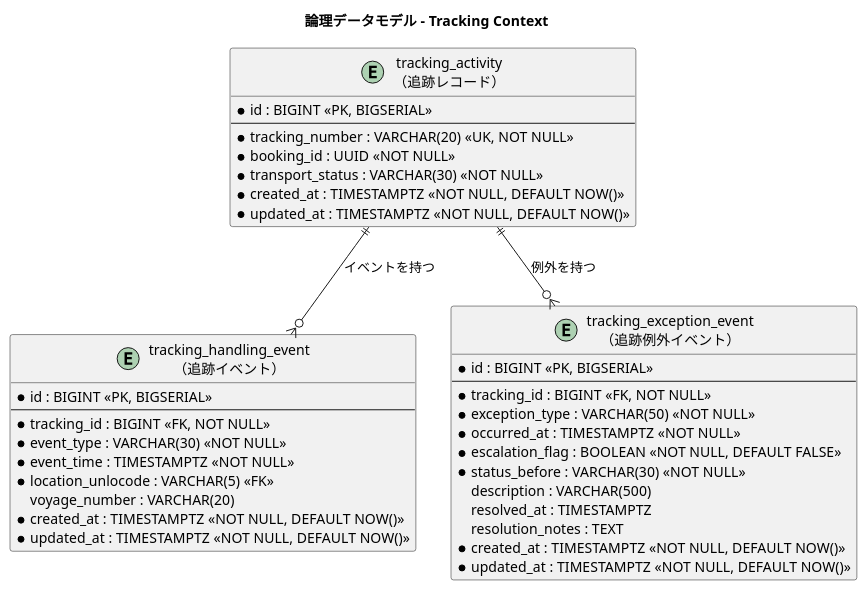
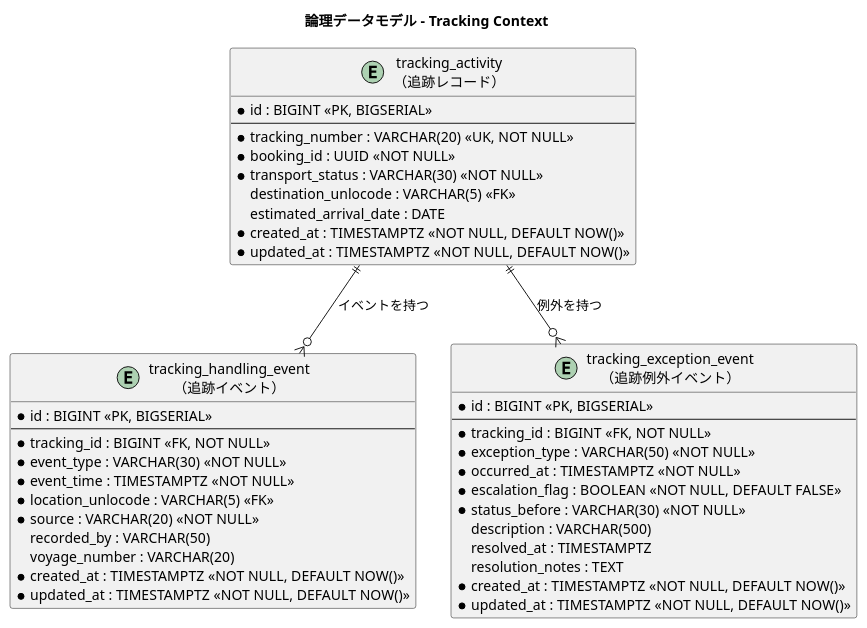
The fifth of 9 diagrams in docs/design/data-model.md (k2works/case-study-cargo-tracker), drawn with PlantUML before and after one commit. The commit also changed other lines of this file and 11 other files, not shown here.

````diff
--- a/docs/design/data-model.md
+++ b/docs/design/data-model.md
@@ -450,46 +450,50 @@
 ```plantuml
 @startuml
 title 論理データモデル - Tracking Context
 
 entity "tracking_activity\n（追跡レコード）" as tracking_activity {
   * id : BIGINT <<PK, BIGSERIAL>>
   --
   * tracking_number : VARCHAR(20) <<UK, NOT NULL>>
   * booking_id : UUID <<NOT NULL>>
   * transport_status : VARCHAR(30) <<NOT NULL>>
+  destination_unlocode : VARCHAR(5) <<FK>>
+  estimated_arrival_date : DATE
   * created_at : TIMESTAMPTZ <<NOT NULL, DEFAULT NOW()>>
   * updated_at : TIMESTAMPTZ <<NOT NULL, DEFAULT NOW()>>
 }
 
 entity "tracking_handling_event\n（追跡イベント）" as tracking_handling_event {
   * id : BIGINT <<PK, BIGSERIAL>>
   --
   * tracking_id : BIGINT <<FK, NOT NULL>>
   * event_type : VARCHAR(30) <<NOT NULL>>
   * event_time : TIMESTAMPTZ <<NOT NULL>>
   * location_unlocode : VARCHAR(5) <<FK>>
+  * source : VARCHAR(20) <<NOT NULL>>
+  recorded_by : VARCHAR(50)
   voyage_number : VARCHAR(20)
   * created_at : TIMESTAMPTZ <<NOT NULL, DEFAULT NOW()>>
   * updated_at : TIMESTAMPTZ <<NOT NULL, DEFAULT NOW()>>
 }
 
 entity "tracking_exception_event\n（追跡例外イベント）" as tracking_exception_event {
   * id : BIGINT <<PK, BIGSERIAL>>
   --
   * tracking_id : BIGINT <<FK, NOT NULL>>
   * exception_type : VARCHAR(50) <<NOT NULL>>
   * occurred_at : TIMESTAMPTZ <<NOT NULL>>
   * escalation_flag : BOOLEAN <<NOT NULL, DEFAULT FALSE>>
   * status_before : VARCHAR(30) <<NOT NULL>>
   description : VARCHAR(500)
   resolved_at : TIMESTAMPTZ
   resolution_notes : TEXT
   * created_at : TIMESTAMPTZ <<NOT NULL, DEFAULT NOW()>>
   * updated_at : TIMESTAMPTZ <<NOT NULL, DEFAULT NOW()>>
 }
 
 tracking_activity ||--o{ tracking_handling_event : "イベントを持つ"
 tracking_activity ||--o{ tracking_exception_event : "例外を持つ"
 
 @enduml
 ```
````
